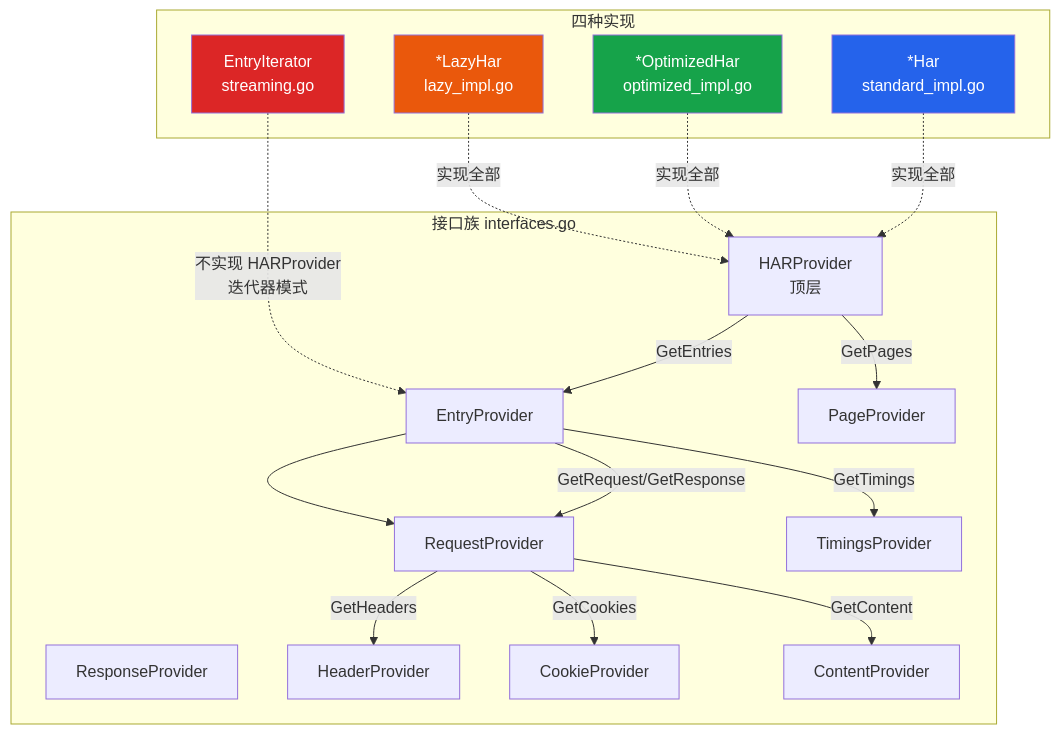
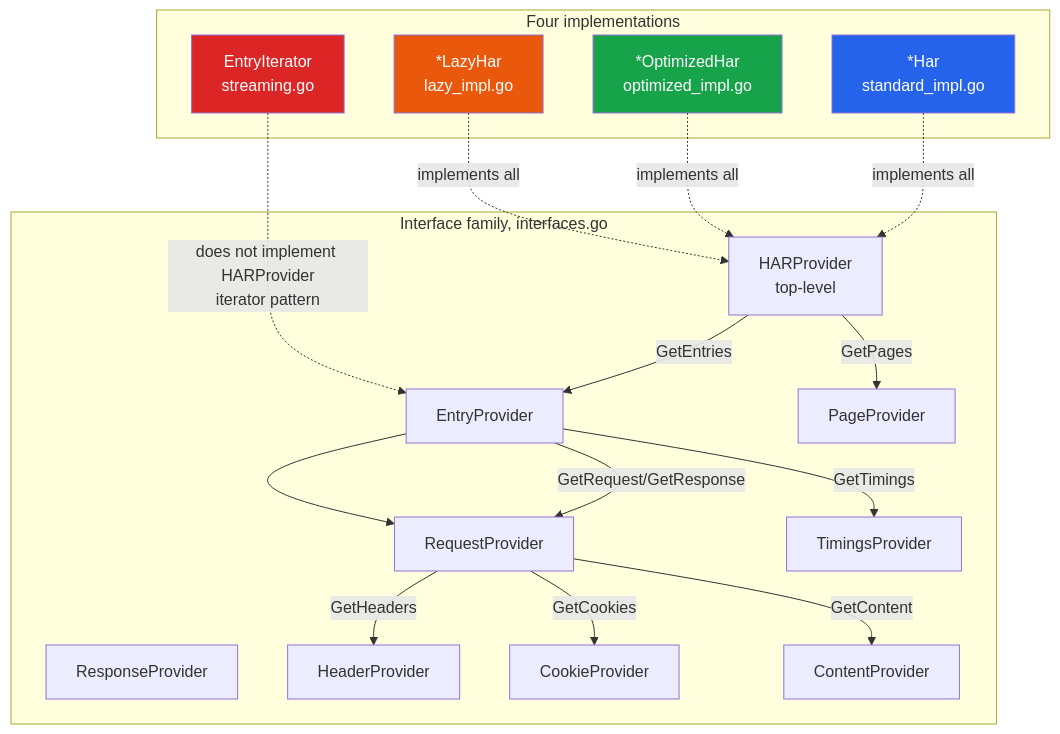
One commit to hitechcloud-vietnam/har-skills changed the first of 3 diagrams in website/zh/sdk/providers.md. Above: the diagram before and after it, drawn with Mermaid. The commit also changed other lines of this file and 97 other files, not shown here.

````diff
--- a/website/zh/sdk/providers.md
+++ b/website/zh/sdk/providers.md
@@ -27,45 +27,45 @@
 ```mermaid
 flowchart TD
-    subgraph IF[接口族 interfaces.go]
-        HAR[HARProvider<br/>顶层]
+    subgraph IF[Interface family, interfaces.go]
+        HAR[HARProvider<br/>top-level]
         EP[EntryProvider]
         RP[RequestProvider]
         RSP[ResponseProvider]
         HP[HeaderProvider]
         CP[CookieProvider]
         CTP[ContentProvider]
         TP[TimingsProvider]
         PP[PageProvider]
 
         HAR -->|GetEntries| EP
         EP -->|GetRequest/GetResponse| RP
         EP --> RP
         RP -->|GetHeaders| HP
         RP -->|GetCookies| CP
         RP -->|GetContent| CTP
         EP -->|GetTimings| TP
         HAR -->|GetPages| PP
     end
 
-    subgraph IMPL[四种实现]
+    subgraph IMPL[Four implementations]
         H[*Har<br/>standard_impl.go]
         OH[*OptimizedHar<br/>optimized_impl.go]
         LH[*LazyHar<br/>lazy_impl.go]
         ITER[EntryIterator<br/>streaming.go]
     end
 
-    H -.->|实现全部| HAR
-    OH -.->|实现全部| HAR
-    LH -.->|实现全部| HAR
-    ITER -.->|不实现 HARProvider<br/>迭代器模式| EP
+    H -.->|implements all| HAR
+    OH -.->|implements all| HAR
+    LH -.->|implements all| HAR
+    ITER -.->|does not implement HARProvider<br/>iterator pattern| EP
 
     H:::blue
     OH:::green
     LH:::orange
     ITER:::red
 
     classDef blue fill:#2563eb,color:#fff;
     classDef green fill:#16a34a,color:#fff;
     classDef orange fill:#ea580c,color:#fff;
     classDef red fill:#dc2626,color:#fff;
 ```
````
